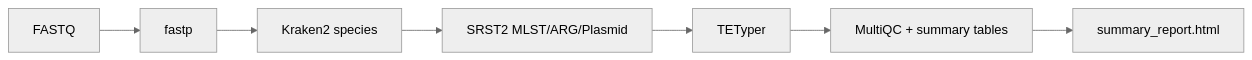
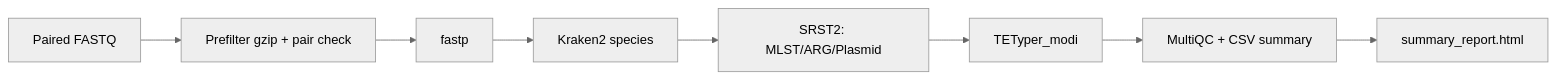
One commit to bbagy/UhlemannLab changed the diagram in shortWGS/README.md. Above: the diagram before and after it, drawn with Mermaid (neutral theme). The commit also changed other lines of this file and 16 other files, not shown here.

````diff
--- a/shortWGS/README.md
+++ b/shortWGS/README.md
@@ -13,9 +16,10 @@
 ```mermaid
 flowchart LR
-  A[FASTQ] --> B[fastp]
-  B --> C[Kraken2 species]
-  C --> D[SRST2 MLST/ARG/Plasmid]
-  D --> E[TETyper]
-  E --> F[MultiQC + summary tables]
-  F --> G[summary_report.html]
+  A[Paired FASTQ] --> B[Prefilter gzip + pair check]
+  B --> C[fastp]
+  C --> D[Kraken2 species]
+  D --> E[SRST2: MLST/ARG/Plasmid]
+  E --> F[TETyper_modi]
+  F --> G[MultiQC + CSV summary]
+  G --> H[summary_report.html]
 ```
````
